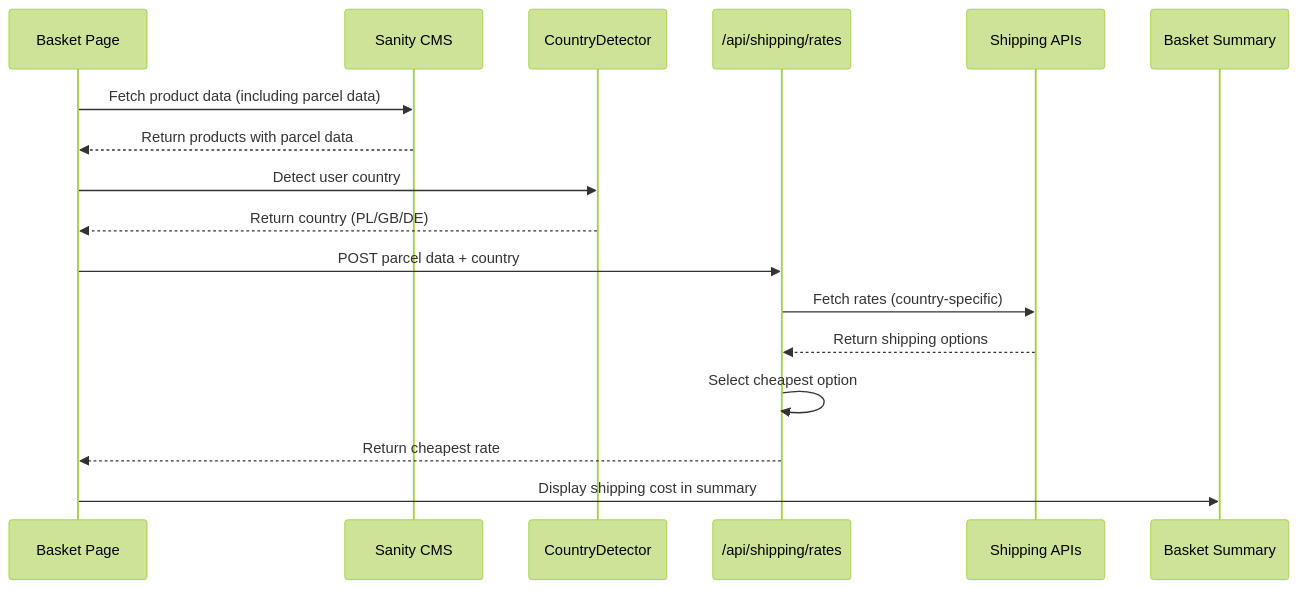
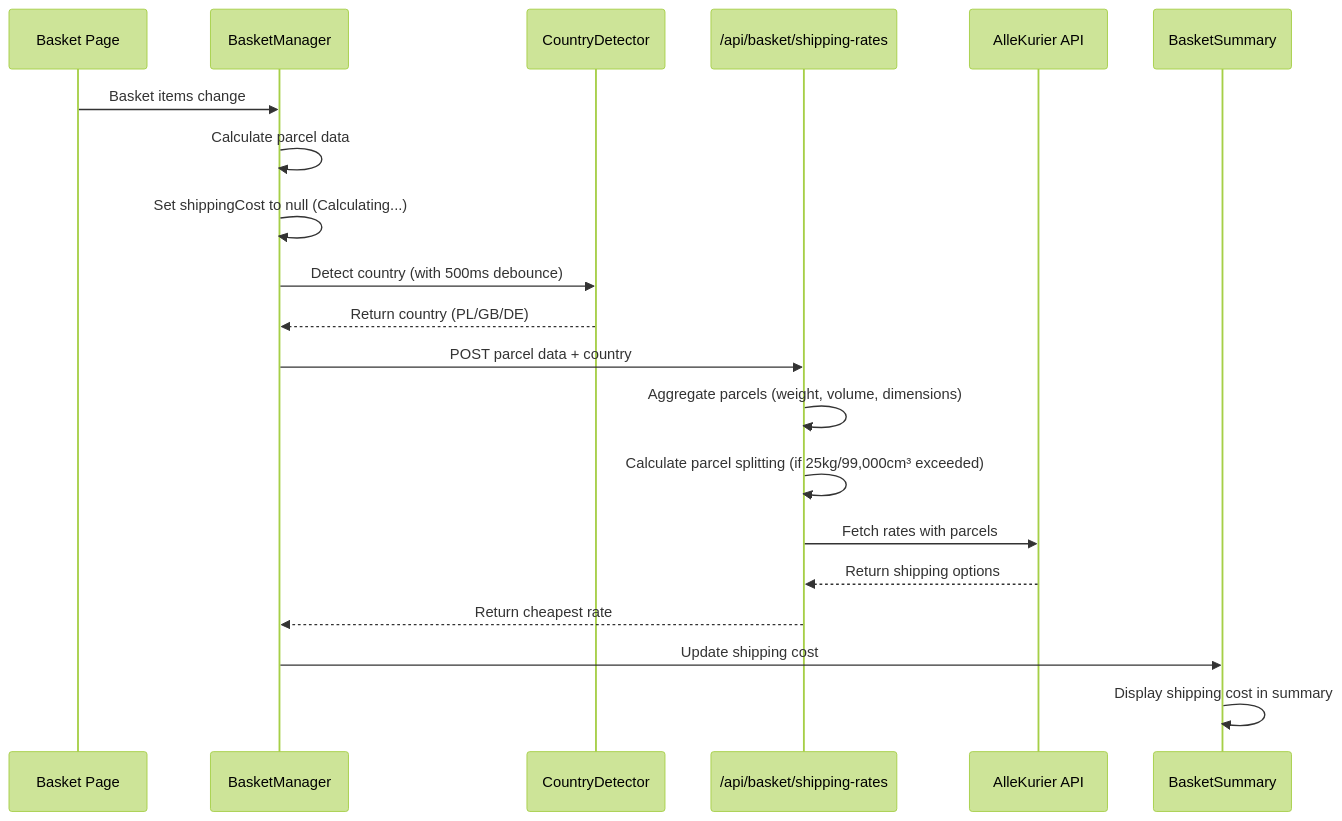
The diagram in docs/basket/shipping-cost/README.md (munrhalls/sanglogium), drawn with Mermaid (forest theme) before and after one commit. The commit also changed other lines of this file and 6 other files, not shown here.

First line of the commit message:
docs: re-document shipping-cost functionality

````diff
--- a/docs/basket/shipping-cost/README.md
+++ b/docs/basket/shipping-cost/README.md
@@ -9,20 +9,23 @@
 ```mermaid
 sequenceDiagram
     participant Page as Basket Page
-    participant CMS as Sanity CMS
+    participant Manager as BasketManager
     participant Detector as CountryDetector
-    participant API as /api/shipping/rates
-    participant ShipAPI as Shipping APIs
-    participant UI as Basket Summary
+    participant API as /api/basket/shipping-rates
+    participant AlleKurier as AlleKurier API
+    participant UI as BasketSummary
 
-    Page->>CMS: Fetch product data (including parcel data)
-    CMS-->>Page: Return products with parcel data
-    Page->>Detector: Detect user country
-    Detector-->>Page: Return country (PL/GB/DE)
-    Page->>API: POST parcel data + country
-    API->>ShipAPI: Fetch rates (country-specific)
-    ShipAPI-->>API: Return shipping options
-    API->>API: Select cheapest option
-    API-->>Page: Return cheapest rate
-    Page->>UI: Display shipping cost in summary
+    Page->>Manager: Basket items change
+    Manager->>Manager: Calculate parcel data
+    Manager->>Manager: Set shippingCost to null (Calculating...)
+    Manager->>Detector: Detect country (with 500ms debounce)
+    Detector-->>Manager: Return country (PL/GB/DE)
+    Manager->>API: POST parcel data + country
+    API->>API: Aggregate parcels (weight, volume, dimensions)
+    API->>API: Calculate parcel splitting (if 25kg/99,000cm³ exceeded)
+    API->>AlleKurier: Fetch rates with parcels
+    AlleKurier-->>API: Return shipping options
+    API-->>Manager: Return cheapest rate
+    Manager->>UI: Update shipping cost
+    UI->>UI: Display shipping cost in summary
 ```
````
